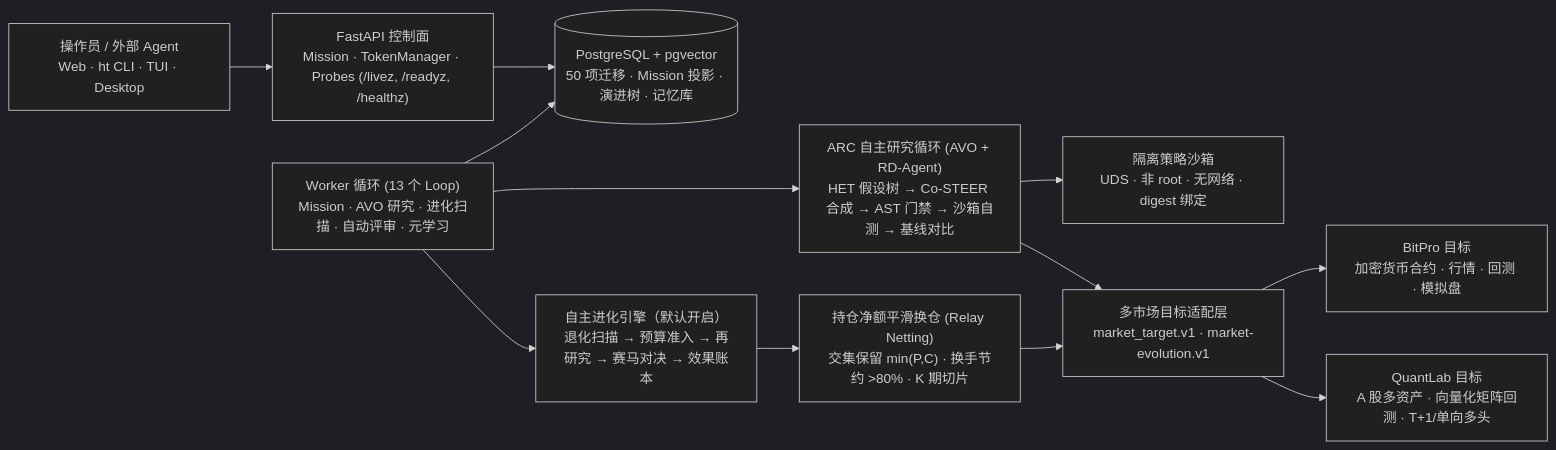
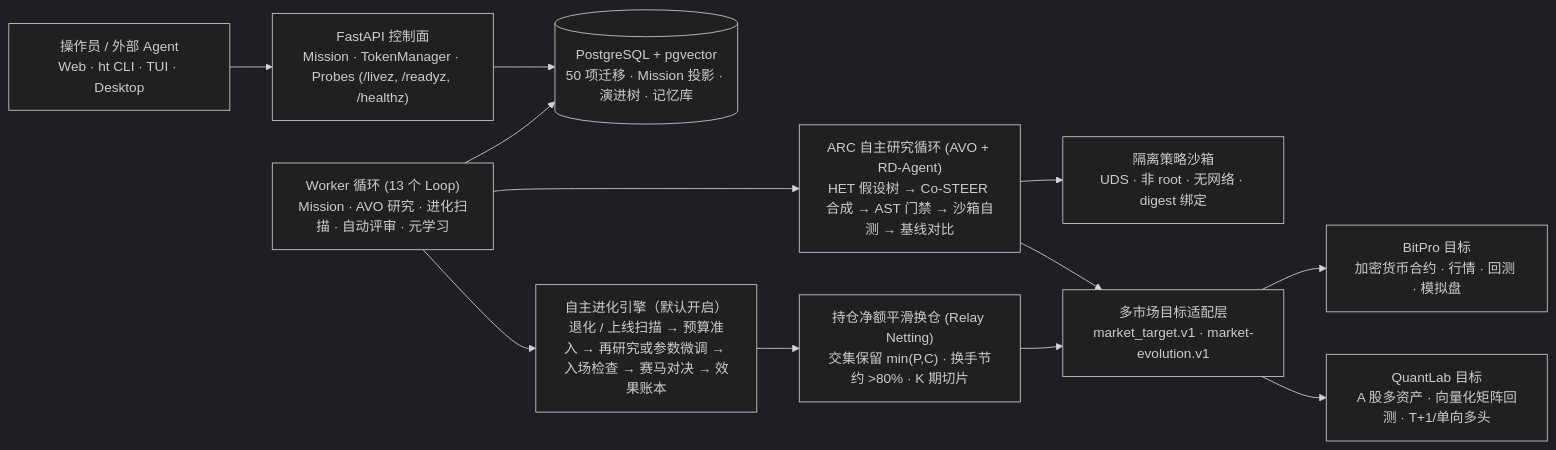
One commit to Shadowell/HyperTrade changed the first of 2 diagrams in README.zh-CN.md. Above: the diagram before and after it, drawn with Mermaid (dark theme). The commit also changed other lines of this file and 4 other files, not shown here.

````diff
--- a/README.zh-CN.md
+++ b/README.zh-CN.md
@@ -55,14 +55,14 @@
 ```mermaid
 flowchart LR
   Op["操作员 / 外部 Agent<br/>Web · ht CLI · TUI · Desktop"] --> API["FastAPI 控制面<br/>Mission · TokenManager · Probes (/livez, /readyz, /healthz)"]
   API --> DB[("PostgreSQL + pgvector<br/>50 项迁移 · Mission 投影 · 演进树 · 记忆库")]
   Worker["Worker 循环 (13 个 Loop)<br/>Mission · AVO 研究 · 进化扫描 · 自动评审 · 元学习"] --> DB
   Worker --> Research["ARC 自主研究循环 (AVO + RD-Agent)<br/>HET 假设树 → Co-STEER 合成 → AST 门禁 → 沙箱自测 → 基线对比"]
-  Worker --> Evolution["自主进化引擎（默认开启）<br/>退化扫描 → 预算准入 → 再研究 → 赛马对决 → 效果账本"]
+  Worker --> Evolution["自主进化引擎（默认开启）<br/>退化 / 上线扫描 → 预算准入 → 再研究或参数微调 → 入场检查 → 赛马对决 → 效果账本"]
   Research --> Sandbox["隔离策略沙箱<br/>UDS · 非 root · 无网络 · digest 绑定"]
   Research --> Targets["多市场目标适配层<br/>market_target.v1 · market-evolution.v1"]
   Evolution --> Relay["持仓净额平滑换仓 (Relay Netting)<br/>交集保留 min(P,C) · 换手节约 >80% · K 期切片"]
   Relay --> Targets
   Targets --> BitPro["BitPro 目标<br/>加密货币合约 · 行情 · 回测 · 模拟盘"]
   Targets --> QuantLab["QuantLab 目标<br/>A 股多资产 · 向量化矩阵回测 · T+1/单向多头"]
 ```
````
